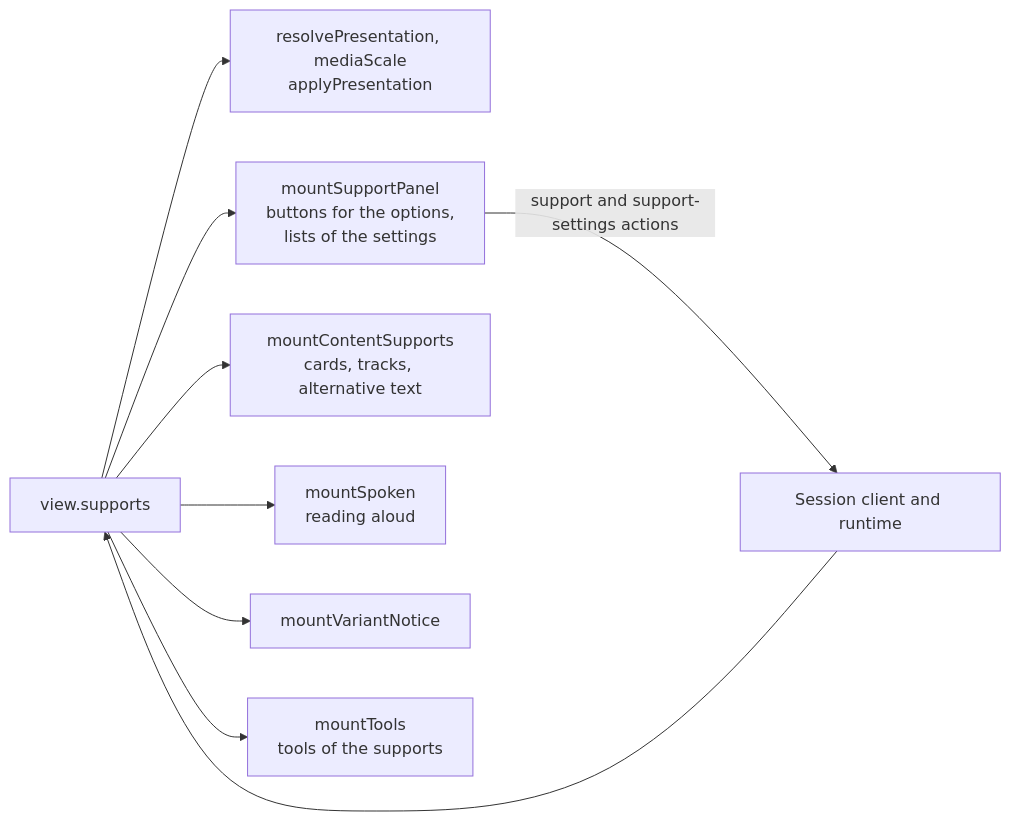
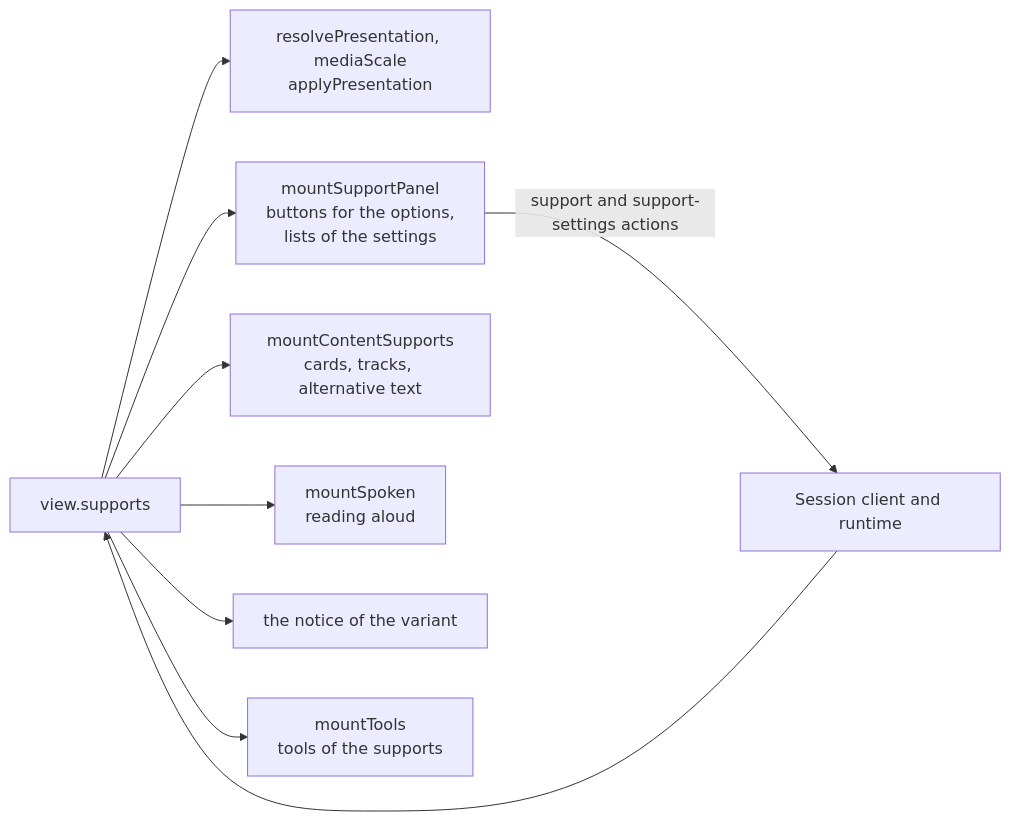
Before and after one commit to assesskit/assesskit: the first of 2 diagrams in docs/player/supports.md, drawn with Mermaid. The commit also changed other lines of this file and 45 other files, not shown here.

````diff
--- a/docs/player/supports.md
+++ b/docs/player/supports.md
@@ -7,11 +7,11 @@
 ```mermaid
 flowchart LR
   view["view.supports"] --> look["resolvePresentation, mediaScale<br/>applyPresentation"]
   view --> panel["mountSupportPanel<br/>buttons for the options,<br/>lists of the settings"]
   view --> content["mountContentSupports<br/>cards, tracks, alternative text"]
   view --> spoken["mountSpoken<br/>reading aloud"]
-  view --> variant["mountVariantNotice"]
+  view --> variant["the notice of the variant"]
   view --> tools["mountTools<br/>tools of the supports"]
   panel -- "support and support-settings actions" --> engine["Session client and runtime"]
   engine --> view
 ```
````
